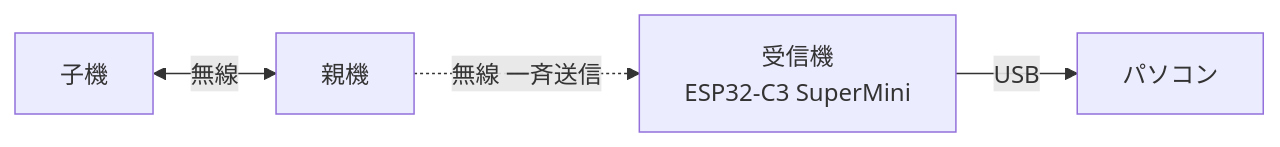
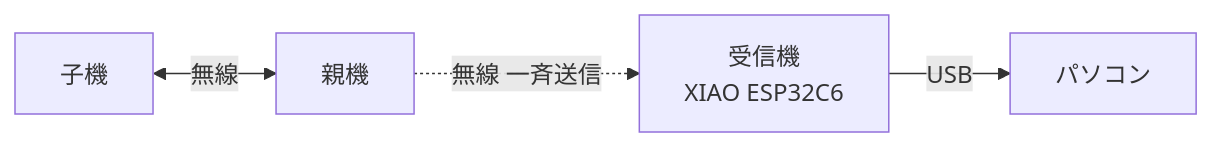
One commit to furdabu/hayaoshi-buzzer changed the diagram in docs/pc-link.md. Above: the diagram before and after it, drawn with Mermaid. The commit also changed other lines of this file and 32 other files, not shown here.

First line of the commit message:
マイコンを技適のあるボードに替える (子機・受信機は XIAO ESP32C6、親機は ESP32-DevKitC-32E)

````diff
--- a/docs/pc-link.md
+++ b/docs/pc-link.md
@@ -16,6 +16,6 @@
 ```mermaid
 flowchart LR
     C[子機] <-->|無線| M[親機]
-    M -.->|無線 一斉送信| R[受信機<br/>ESP32-C3 SuperMini]
+    M -.->|無線 一斉送信| R[受信機<br/>XIAO ESP32C6]
     R -->|USB| P[パソコン]
 ```
````
